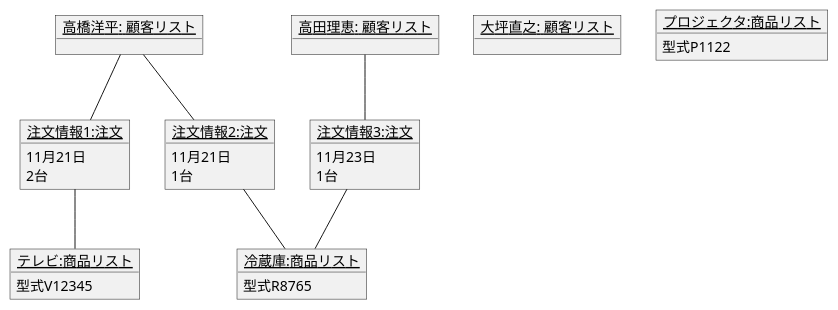
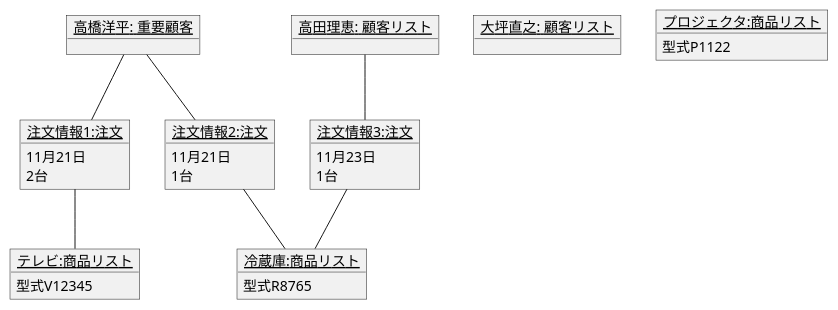
Before and after one commit to HIKAKINsan/uml-introduction: the diagram in 演習3-7_OBJ_注文のオブジェクト図.pu, drawn with PlantUML.

Commit message:
更新

```diff
--- a/演習3-7_OBJ_注文のオブジェクト図.pu
+++ b/演習3-7_OBJ_注文のオブジェクト図.pu
@@ -1,36 +1,36 @@
 @startuml
 ' left to right direction
-object "<u>高橋洋平: 顧客リスト</u>" as k1 {
+object "<u>高橋洋平: 重要顧客</u>" as k1 {
 }
 object "<u>高田理恵: 顧客リスト</u>" as k2 {
 }
 object "<u>大坪直之: 顧客リスト</u>" as k3 {
 }
 object "<u>注文情報1:注文</u>" as t1 {
     11月21日
     2台
 }
 object "<u>注文情報2:注文</u>" as t2 {
     11月21日
     1台
 }
 object "<u>注文情報3:注文</u>" as t3 {
     11月23日
     1台
 }
 object "<u>テレビ:商品リスト</u>" as s1 {
     型式V12345
 }
 object "<u>冷蔵庫:商品リスト</u>" as s2 {
     型式R8765
 }
 object "<u>プロジェクタ:商品リスト</u>" as s3 {
     型式P1122
 }
 k1 -down- t1
 t1 -- s1
 k1 -down- t2
 t2 -- s2
 k2 -down- t3
 t3 -- s2
 @enduml
```
